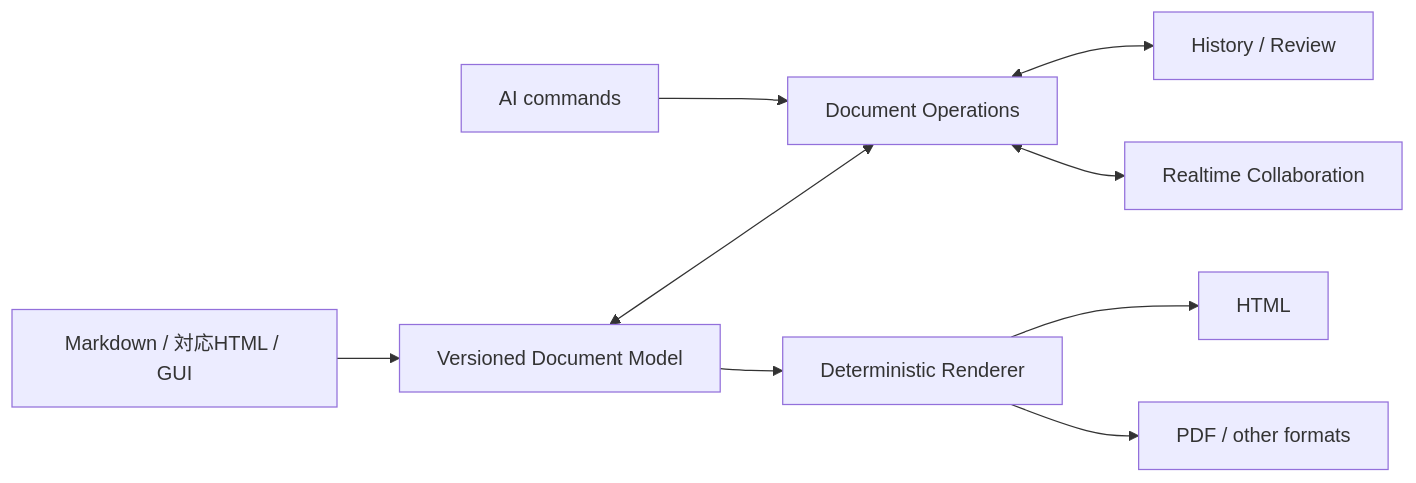
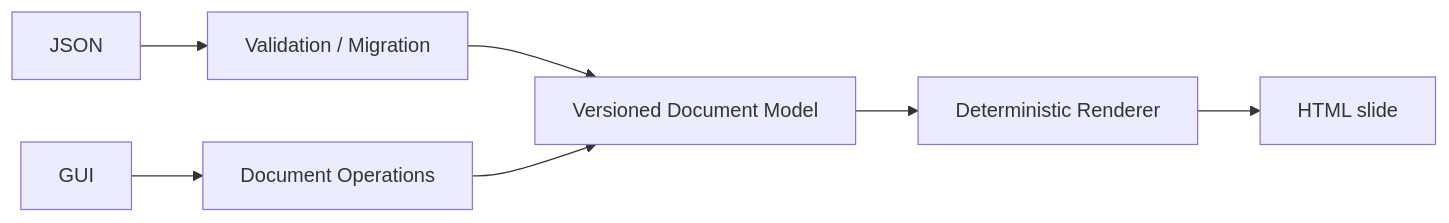
Before and after one commit to sampe-bot/nexus_kajiya: the diagram in README.md, drawn with Mermaid. The commit also changed other lines of this file and 2 other files, not shown here.

````diff
--- a/README.md
+++ b/README.md
@@ -58,11 +103,9 @@
 ```mermaid
 flowchart LR
-    A["Markdown / 対応HTML / GUI"] --> B["Versioned Document Model"]
-    G["AI commands"] --> C["Document Operations"]
-    B <--> C
-    C <--> H["History / Review"]
-    C <--> I["Realtime Collaboration"]
-    B --> D["Deterministic Renderer"]
-    D --> E["HTML"]
-    D --> F["PDF / other formats"]
+    JSON["JSON"] --> Validation["Validation / Migration"]
+    Validation --> Model["Versioned Document Model"]
+    GUI["GUI"] --> Ops["Document Operations"]
+    Ops --> Model
+    Model --> Renderer["Deterministic Renderer"]
+    Renderer --> View["HTML slide"]
 ```
````
